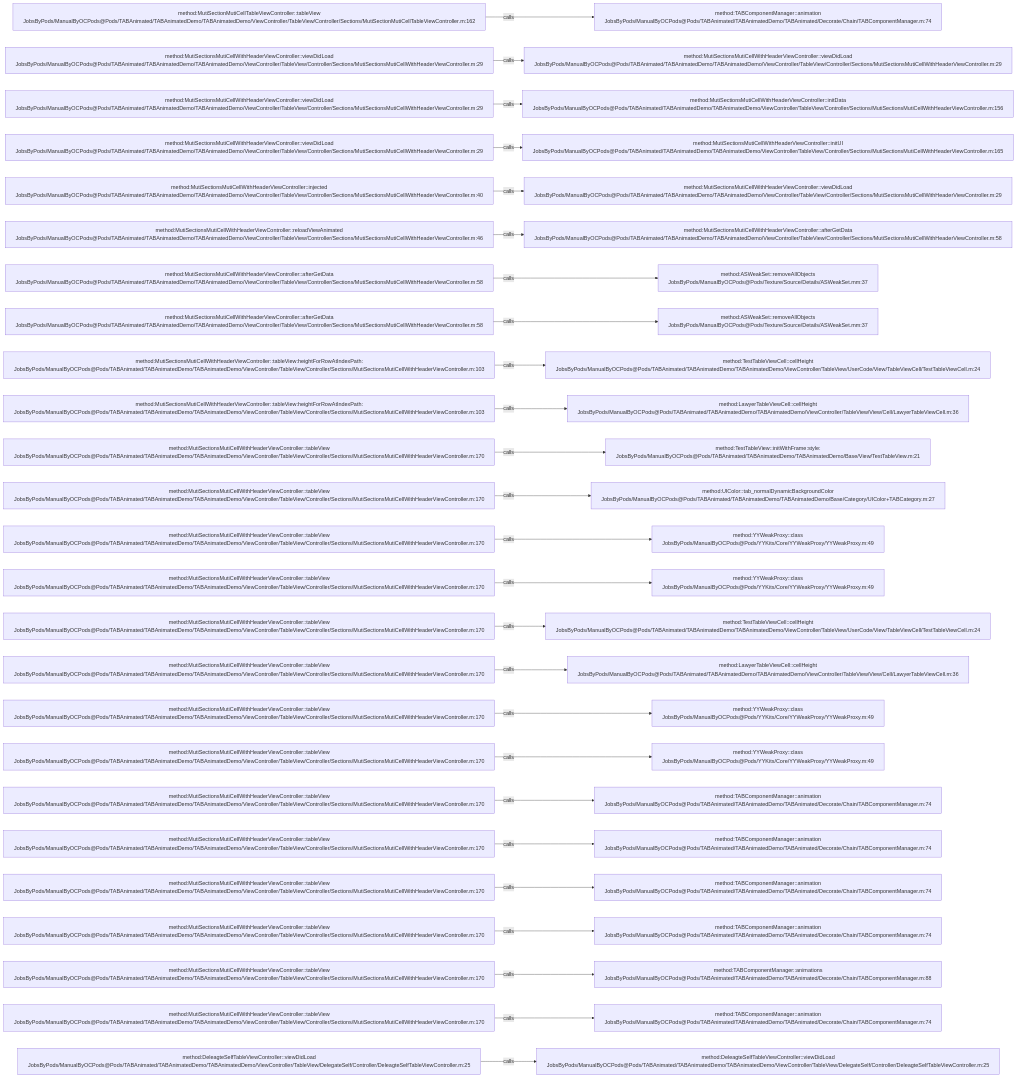
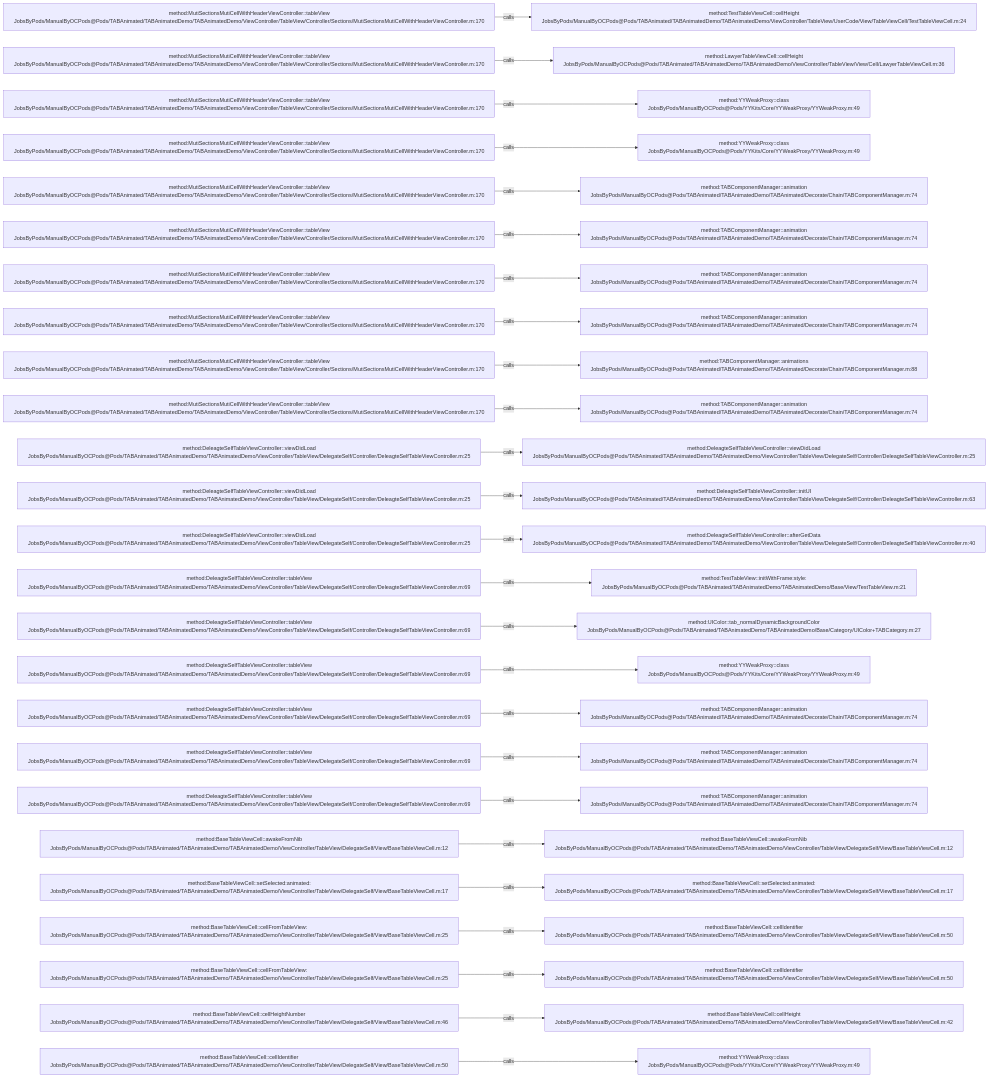
The diagram in .codegraph/codegraph.md/graphs/calls-064.md (JobsKits/JobsOCBaseConfigDemo), drawn with Mermaid before and after one commit. The commit also changed 296 other files, not shown here.

````diff
--- a/.codegraph/codegraph.md/graphs/calls-064.md
+++ b/.codegraph/codegraph.md/graphs/calls-064.md
@@ -13,78 +13,78 @@
 ```mermaid
 flowchart LR
-  S1["method:MutiSectionMutiCellTableViewController::tableView<br/>JobsByPods/ManualByOCPods@Pods/TABAnimated/TABAnimatedDemo/TABAnimatedDemo/ViewController/TableView/Controller/Sections/MutiSectionMutiCellTableViewController.m:162"]
-  T1["method:TABComponentManager::animation<br/>JobsByPods/ManualByOCPods@Pods/TABAnimated/TABAnimatedDemo/TABAnimated/Decorate/Chain/TABComponentManager.m:74"]
+  S1["method:MutiSectionsMutiCellWithHeaderViewController::tableView<br/>JobsByPods/ManualByOCPods@Pods/TABAnimated/TABAnimatedDemo/TABAnimatedDemo/ViewController/TableView/Controller/Sections/MutiSectionsMutiCellWithHeaderViewController.m:170"]
+  T1["method:TestTableViewCell::cellHeight<br/>JobsByPods/ManualByOCPods@Pods/TABAnimated/TABAnimatedDemo/TABAnimatedDemo/ViewController/TableView/UserCode/View/TableViewCell/TestTableViewCell.m:24"]
   S1 -->|calls| T1
-  S2["method:MutiSectionsMutiCellWithHeaderViewController::viewDidLoad<br/>JobsByPods/ManualByOCPods@Pods/TABAnimated/TABAnimatedDemo/TABAnimatedDemo/ViewController/TableView/Controller/Sections/MutiSectionsMutiCellWithHeaderViewController.m:29"]
-  T2["method:MutiSectionsMutiCellWithHeaderViewController::viewDidLoad<br/>JobsByPods/ManualByOCPods@Pods/TABAnimated/TABAnimatedDemo/TABAnimatedDemo/ViewController/TableView/Controller/Sections/MutiSectionsMutiCellWithHeaderViewController.m:29"]
+  S2["method:MutiSectionsMutiCellWithHeaderViewController::tableView<br/>JobsByPods/ManualByOCPods@Pods/TABAnimated/TABAnimatedDemo/TABAnimatedDemo/ViewController/TableView/Controller/Sections/MutiSectionsMutiCellWithHeaderViewController.m:170"]
+  T2["method:LawyerTableViewCell::cellHeight<br/>JobsByPods/ManualByOCPods@Pods/TABAnimated/TABAnimatedDemo/TABAnimatedDemo/ViewController/TableView/View/Cell/LawyerTableViewCell.m:36"]
   S2 -->|calls| T2
-  S3["method:MutiSectionsMutiCellWithHeaderViewController::viewDidLoad<br/>JobsByPods/ManualByOCPods@Pods/TABAnimated/TABAnimatedDemo/TABAnimatedDemo/ViewController/TableView/Controller/Sections/MutiSectionsMutiCellWithHeaderViewController.m:29"]
-  T3["method:MutiSectionsMutiCellWithHeaderViewController::initData<br/>JobsByPods/ManualByOCPods@Pods/TABAnimated/TABAnimatedDemo/TABAnimatedDemo/ViewController/TableView/Controller/Sections/MutiSectionsMutiCellWithHeaderViewController.m:156"]
+  S3["method:MutiSectionsMutiCellWithHeaderViewController::tableView<br/>JobsByPods/ManualByOCPods@Pods/TABAnimated/TABAnimatedDemo/TABAnimatedDemo/ViewController/TableView/Controller/Sections/MutiSectionsMutiCellWithHeaderViewController.m:170"]
+  T3["method:YYWeakProxy::class<br/>JobsByPods/ManualByOCPods@Pods/YYKits/Core/YYWeakProxy/YYWeakProxy.m:49"]
   S3 -->|calls| T3
-  S4["method:MutiSectionsMutiCellWithHeaderViewController::viewDidLoad<br/>JobsByPods/ManualByOCPods@Pods/TABAnimated/TABAnimatedDemo/TABAnimatedDemo/ViewController/TableView/Controller/Sections/MutiSectionsMutiCellWithHeaderViewController.m:29"]
-  T4["method:MutiSectionsMutiCellWithHeaderViewController::initUI<br/>JobsByPods/ManualByOCPods@Pods/TABAnimated/TABAnimatedDemo/TABAnimatedDemo/ViewController/TableView/Controller/Sections/MutiSectionsMutiCellWithHeaderViewController.m:165"]
+  S4["method:MutiSectionsMutiCellWithHeaderViewController::tableView<br/>JobsByPods/ManualByOCPods@Pods/TABAnimated/TABAnimatedDemo/TABAnimatedDemo/ViewController/TableView/Controller/Sections/MutiSectionsMutiCellWithHeaderViewController.m:170"]
+  T4["method:YYWeakProxy::class<br/>JobsByPods/ManualByOCPods@Pods/YYKits/Core/YYWeakProxy/YYWeakProxy.m:49"]
   S4 -->|calls| T4
-  S5["method:MutiSectionsMutiCellWithHeaderViewController::injected<br/>JobsByPods/ManualByOCPods@Pods/TABAnimated/TABAnimatedDemo/TABAnimatedDemo/ViewController/TableView/Controller/Sections/MutiSectionsMutiCellWithHeaderViewController.m:40"]
-  T5["method:MutiSectionsMutiCellWithHeaderViewController::viewDidLoad<br/>JobsByPods/ManualByOCPods@Pods/TABAnimated/TABAnimatedDemo/TABAnimatedDemo/ViewController/TableView/Controller/Sections/MutiSectionsMutiCellWithHeaderViewController.m:29"]
+  S5["method:MutiSectionsMutiCellWithHeaderViewController::tableView<br/>JobsByPods/ManualByOCPods@Pods/TABAnimated/TABAnimatedDemo/TABAnimatedDemo/ViewController/TableView/Controller/Sections/MutiSectionsMutiCellWithHeaderViewController.m:170"]
+  T5["method:TABComponentManager::animation<br/>JobsByPods/ManualByOCPods@Pods/TABAnimated/TABAnimatedDemo/TABAnimated/Decorate/Chain/TABComponentManager.m:74"]
   S5 -->|calls| T5
-  S6["method:MutiSectionsMutiCellWithHeaderViewController::reloadViewAnimated<br/>JobsByPods/ManualByOCPods@Pods/TABAnimated/TABAnimatedDemo/TABAnimatedDemo/ViewController/TableView/Controller/Sections/MutiSectionsMutiCellWithHeaderViewController.m:46"]
-  T6["method:MutiSectionsMutiCellWithHeaderViewController::afterGetData<br/>JobsByPods/ManualByOCPods@Pods/TABAnimated/TABAnimatedDemo/TABAnimatedDemo/ViewController/TableView/Controller/Sections/MutiSectionsMutiCellWithHeaderViewController.m:58"]
+  S6["method:MutiSectionsMutiCellWithHeaderViewController::tableView<br/>JobsByPods/ManualByOCPods@Pods/TABAnimated/TABAnimatedDemo/TABAnimatedDemo/ViewController/TableView/Controller/Sections/MutiSectionsMutiCellWithHeaderViewController.m:170"]
+  T6["method:TABComponentManager::animation<br/>JobsByPods/ManualByOCPods@Pods/TABAnimated/TABAnimatedDemo/TABAnimated/Decorate/Chain/TABComponentManager.m:74"]
   S6 -->|calls| T6
-  S7["method:MutiSectionsMutiCellWithHeaderViewController::afterGetData<br/>JobsByPods/ManualByOCPods@Pods/TABAnimated/TABAnimatedDemo/TABAnimatedDemo/ViewController/TableView/Controller/Sections/MutiSectionsMutiCellWithHeaderViewController.m:58"]
-  T7["method:ASWeakSet::removeAllObjects<br/>JobsByPods/ManualByOCPods@Pods/Texture/Source/Details/ASWeakSet.mm:37"]
+  S7["method:MutiSectionsMutiCellWithHeaderViewController::tableView<br/>JobsByPods/ManualByOCPods@Pods/TABAnimated/TABAnimatedDemo/TABAnimatedDemo/ViewController/TableView/Controller/Sections/MutiSectionsMutiCellWithHeaderViewController.m:170"]
+  T7["method:TABComponentManager::animation<br/>JobsByPods/ManualByOCPods@Pods/TABAnimated/TABAnimatedDemo/TABAnimated/Decorate/Chain/TABComponentManager.m:74"]
   S7 -->|calls| T7
-  S8["method:MutiSectionsMutiCellWithHeaderViewController::afterGetData<br/>JobsByPods/ManualByOCPods@Pods/TABAnimated/TABAnimatedDemo/TABAnimatedDemo/ViewController/TableView/Controller/Sections/MutiSectionsMutiCellWithHeaderViewController.m:58"]
-  T8["method:ASWeakSet::removeAllObjects<br/>JobsByPods/ManualByOCPods@Pods/Texture/Source/Details/ASWeakSet.mm:37"]
+  S8["method:MutiSectionsMutiCellWithHeaderViewController::tableView<br/>JobsByPods/ManualByOCPods@Pods/TABAnimated/TABAnimatedDemo/TABAnimatedDemo/ViewController/TableView/Controller/Sections/MutiSectionsMutiCellWithHeaderViewController.m:170"]
+  T8["method:TABComponentManager::animation<br/>JobsByPods/ManualByOCPods@Pods/TABAnimated/TABAnimatedDemo/TABAnimated/Decorate/Chain/TABComponentManager.m:74"]
   S8 -->|calls| T8
-  S9["method:MutiSectionsMutiCellWithHeaderViewController::tableView:heightForRowAtIndexPath:<br/>JobsByPods/ManualByOCPods@Pods/TABAnimated/TABAnimatedDemo/TABAnimatedDemo/ViewController/TableView/Controller/Sections/MutiSectionsMutiCellWithHeaderViewController.m:103"]
-  T9["method:TestTableViewCell::cellHeight<br/>JobsByPods/ManualByOCPods@Pods/TABAnimated/TABAnimatedDemo/TABAnimatedDemo/ViewController/TableView/UserCode/View/TableViewCell/TestTableViewCell.m:24"]
+  S9["method:MutiSectionsMutiCellWithHeaderViewController::tableView<br/>JobsByPods/ManualByOCPods@Pods/TABAnimated/TABAnimatedDemo/TABAnimatedDemo/ViewController/TableView/Controller/Sections/MutiSectionsMutiCellWithHeaderViewController.m:170"]
+  T9["method:TABComponentManager::animations<br/>JobsByPods/ManualByOCPods@Pods/TABAnimated/TABAnimatedDemo/TABAnimated/Decorate/Chain/TABComponentManager.m:88"]
   S9 -->|calls| T9
-  S10["method:MutiSectionsMutiCellWithHeaderViewController::tableView:heightForRowAtIndexPath:<br/>JobsByPods/ManualByOCPods@Pods/TABAnimated/TABAnimatedDemo/TABAnimatedDemo/ViewController/TableView/Controller/Sections/MutiSectionsMutiCellWithHeaderViewController.m:103"]
-  T10["method:LawyerTableViewCell::cellHeight<br/>JobsByPods/ManualByOCPods@Pods/TABAnimated/TABAnimatedDemo/TABAnimatedDemo/ViewController/TableView/View/Cell/LawyerTableViewCell.m:36"]
+  S10["method:MutiSectionsMutiCellWithHeaderViewController::tableView<br/>JobsByPods/ManualByOCPods@Pods/TABAnimated/TABAnimatedDemo/TABAnimatedDemo/ViewController/TableView/Controller/Sections/MutiSectionsMutiCellWithHeaderViewController.m:170"]
+  T10["method:TABComponentManager::animation<br/>JobsByPods/ManualByOCPods@Pods/TABAnimated/TABAnimatedDemo/TABAnimated/Decorate/Chain/TABComponentManager.m:74"]
   S10 -->|calls| T10
-  S11["method:MutiSectionsMutiCellWithHeaderViewController::tableView<br/>JobsByPods/ManualByOCPods@Pods/TABAnimated/TABAnimatedDemo/TABAnimatedDemo/ViewController/TableView/Controller/Sections/MutiSectionsMutiCellWithHeaderViewController.m:170"]
-  T11["method:TestTableView::initWithFrame:style:<br/>JobsByPods/ManualByOCPods@Pods/TABAnimated/TABAnimatedDemo/TABAnimatedDemo/Base/View/TestTableView.m:21"]
+  S11["method:DeleagteSelfTableViewController::viewDidLoad<br/>JobsByPods/ManualByOCPods@Pods/TABAnimated/TABAnimatedDemo/TABAnimatedDemo/ViewController/TableView/DelegateSelf/Controller/DeleagteSelfTableViewController.m:25"]
+  T11["method:DeleagteSelfTableViewController::viewDidLoad<br/>JobsByPods/ManualByOCPods@Pods/TABAnimated/TABAnimatedDemo/TABAnimatedDemo/ViewController/TableView/DelegateSelf/Controller/DeleagteSelfTableViewController.m:25"]
   S11 -->|calls| T11
-  S12["method:MutiSectionsMutiCellWithHeaderViewController::tableView<br/>JobsByPods/ManualByOCPods@Pods/TABAnimated/TABAnimatedDemo/TABAnimatedDemo/ViewController/TableView/Controller/Sections/MutiSectionsMutiCellWithHeaderViewController.m:170"]
-  T12["method:UIColor::tab_normalDynamicBackgroundColor<br/>JobsByPods/ManualByOCPods@Pods/TABAnimated/TABAnimatedDemo/TABAnimatedDemo/Base/Category/UIColor+TABCategory.m:27"]
+  S12["method:DeleagteSelfTableViewController::viewDidLoad<br/>JobsByPods/ManualByOCPods@Pods/TABAnimated/TABAnimatedDemo/TABAnimatedDemo/ViewController/TableView/DelegateSelf/Controller/DeleagteSelfTableViewController.m:25"]
+  T12["method:DeleagteSelfTableViewController::initUI<br/>JobsByPods/ManualByOCPods@Pods/TABAnimated/TABAnimatedDemo/TABAnimatedDemo/ViewController/TableView/DelegateSelf/Controller/DeleagteSelfTableViewController.m:63"]
   S12 -->|calls| T12
-  S13["method:MutiSectionsMutiCellWithHeaderViewController::tableView<br/>JobsByPods/ManualByOCPods@Pods/TABAnimated/TABAnimatedDemo/TABAnimatedDemo/ViewController/TableView/Controller/Sections/MutiSectionsMutiCellWithHeaderViewController.m:170"]
-  T13["method:YYWeakProxy::class<br/>JobsByPods/ManualByOCPods@Pods/YYKits/Core/YYWeakProxy/YYWeakProxy.m:49"]
+  S13["method:DeleagteSelfTableViewController::viewDidLoad<br/>JobsByPods/ManualByOCPods@Pods/TABAnimated/TABAnimatedDemo/TABAnimatedDemo/ViewController/TableView/DelegateSelf/Controller/DeleagteSelfTableViewController.m:25"]
+  T13["method:DeleagteSelfTableViewController::afterGetData<br/>JobsByPods/ManualByOCPods@Pods/TABAnimated/TABAnimatedDemo/TABAnimatedDemo/ViewController/TableView/DelegateSelf/Controller/DeleagteSelfTableViewController.m:40"]
   S13 -->|calls| T13
-  S14["method:MutiSectionsMutiCellWithHeaderViewController::tableView<br/>JobsByPods/ManualByOCPods@Pods/TABAnimated/TABAnimatedDemo/TABAnimatedDemo/ViewController/TableView/Controller/Sections/MutiSectionsMutiCellWithHeaderViewController.m:170"]
-  T14["method:YYWeakProxy::class<br/>JobsByPods/ManualByOCPods@Pods/YYKits/Core/YYWeakProxy/YYWeakProxy.m:49"]
+  S14["method:DeleagteSelfTableViewController::tableView<br/>JobsByPods/ManualByOCPods@Pods/TABAnimated/TABAnimatedDemo/TABAnimatedDemo/ViewController/TableView/DelegateSelf/Controller/DeleagteSelfTableViewController.m:69"]
+  T14["method:TestTableView::initWithFrame:style:<br/>JobsByPods/ManualByOCPods@Pods/TABAnimated/TABAnimatedDemo/TABAnimatedDemo/Base/View/TestTableView.m:21"]
   S14 -->|calls| T14
-  S15["method:MutiSectionsMutiCellWithHeaderViewController::tableView<br/>JobsByPods/ManualByOCPods@Pods/TABAnimated/TABAnimatedDemo/TABAnimatedDemo/ViewController/TableView/Controller/Sections/MutiSectionsMutiCellWithHeaderViewController.m:170"]
-  T15["method:TestTableViewCell::cellHeight<br/>JobsByPods/ManualByOCPods@Pods/TABAnimated/TABAnimatedDemo/TABAnimatedDemo/ViewController/TableView/UserCode/View/TableViewCell/TestTableViewCell.m:24"]
+  S15["method:DeleagteSelfTableViewController::tableView<br/>JobsByPods/ManualByOCPods@Pods/TABAnimated/TABAnimatedDemo/TABAnimatedDemo/ViewController/TableView/DelegateSelf/Controller/DeleagteSelfTableViewController.m:69"]
+  T15["method:UIColor::tab_normalDynamicBackgroundColor<br/>JobsByPods/ManualByOCPods@Pods/TABAnimated/TABAnimatedDemo/TABAnimatedDemo/Base/Category/UIColor+TABCategory.m:27"]
   S15 -->|calls| T15
-  S16["method:MutiSectionsMutiCellWithHeaderViewController::tableView<br/>JobsByPods/ManualByOCPods@Pods/TABAnimated/TABAnimatedDemo/TABAnimatedDemo/ViewController/TableView/Controller/Sections/MutiSectionsMutiCellWithHeaderViewController.m:170"]
-  T16["method:LawyerTableViewCell::cellHeight<br/>JobsByPods/ManualByOCPods@Pods/TABAnimated/TABAnimatedDemo/TABAnimatedDemo/ViewController/TableView/View/Cell/LawyerTableViewCell.m:36"]
+  S16["method:DeleagteSelfTableViewController::tableView<br/>JobsByPods/ManualByOCPods@Pods/TABAnimated/TABAnimatedDemo/TABAnimatedDemo/ViewController/TableView/DelegateSelf/Controller/DeleagteSelfTableViewController.m:69"]
+  T16["method:YYWeakProxy::class<br/>JobsByPods/ManualByOCPods@Pods/YYKits/Core/YYWeakProxy/YYWeakProxy.m:49"]
   S16 -->|calls| T16
-  S17["method:MutiSectionsMutiCellWithHeaderViewController::tableView<br/>JobsByPods/ManualByOCPods@Pods/TABAnimated/TABAnimatedDemo/TABAnimatedDemo/ViewController/TableView/Controller/Sections/MutiSectionsMutiCellWithHeaderViewController.m:170"]
-  T17["method:YYWeakProxy::class<br/>JobsByPods/ManualByOCPods@Pods/YYKits/Core/YYWeakProxy/YYWeakProxy.m:49"]
+  S17["method:DeleagteSelfTableViewController::tableView<br/>JobsByPods/ManualByOCPods@Pods/TABAnimated/TABAnimatedDemo/TABAnimatedDemo/ViewController/TableView/DelegateSelf/Controller/DeleagteSelfTableViewController.m:69"]
+  T17["method:TABComponentManager::animation<br/>JobsByPods/ManualByOCPods@Pods/TABAnimated/TABAnimatedDemo/TABAnimated/Decorate/Chain/TABComponentManager.m:74"]
   S17 -->|calls| T17
-  S18["method:MutiSectionsMutiCellWithHeaderViewController::tableView<br/>JobsByPods/ManualByOCPods@Pods/TABAnimated/TABAnimatedDemo/TABAnimatedDemo/ViewController/TableView/Controller/Sections/MutiSectionsMutiCellWithHeaderViewController.m:170"]
-  T18["method:YYWeakProxy::class<br/>JobsByPods/ManualByOCPods@Pods/YYKits/Core/YYWeakProxy/YYWeakProxy.m:49"]
+  S18["method:DeleagteSelfTableViewController::tableView<br/>JobsByPods/ManualByOCPods@Pods/TABAnimated/TABAnimatedDemo/TABAnimatedDemo/ViewController/TableView/DelegateSelf/Controller/DeleagteSelfTableViewController.m:69"]
+  T18["method:TABComponentManager::animation<br/>JobsByPods/ManualByOCPods@Pods/TABAnimated/TABAnimatedDemo/TABAnimated/Decorate/Chain/TABComponentManager.m:74"]
   S18 -->|calls| T18
-  S19["method:MutiSectionsMutiCellWithHeaderViewController::tableView<br/>JobsByPods/ManualByOCPods@Pods/TABAnimated/TABAnimatedDemo/TABAnimatedDemo/ViewController/TableView/Controller/Sections/MutiSectionsMutiCellWithHeaderViewController.m:170"]
+  S19["method:DeleagteSelfTableViewController::tableView<br/>JobsByPods/ManualByOCPods@Pods/TABAnimated/TABAnimatedDemo/TABAnimatedDemo/ViewController/TableView/DelegateSelf/Controller/DeleagteSelfTableViewController.m:69"]
   T19["method:TABComponentManager::animation<br/>JobsByPods/ManualByOCPods@Pods/TABAnimated/TABAnimatedDemo/TABAnimated/Decorate/Chain/TABComponentManager.m:74"]
   S19 -->|calls| T19
-  S20["method:MutiSectionsMutiCellWithHeaderViewController::tableView<br/>JobsByPods/ManualByOCPods@Pods/TABAnimated/TABAnimatedDemo/TABAnimatedDemo/ViewController/TableView/Controller/Sections/MutiSectionsMutiCellWithHeaderViewController.m:170"]
-  T20["method:TABComponentManager::animation<br/>JobsByPods/ManualByOCPods@Pods/TABAnimated/TABAnimatedDemo/TABAnimated/Decorate/Chain/TABComponentManager.m:74"]
+  S20["method:BaseTableViewCell::awakeFromNib<br/>JobsByPods/ManualByOCPods@Pods/TABAnimated/TABAnimatedDemo/TABAnimatedDemo/ViewController/TableView/DelegateSelf/View/BaseTableViewCell.m:12"]
+  T20["method:BaseTableViewCell::awakeFromNib<br/>JobsByPods/ManualByOCPods@Pods/TABAnimated/TABAnimatedDemo/TABAnimatedDemo/ViewController/TableView/DelegateSelf/View/BaseTableViewCell.m:12"]
   S20 -->|calls| T20
-  S21["method:MutiSectionsMutiCellWithHeaderViewController::tableView<br/>JobsByPods/ManualByOCPods@Pods/TABAnimated/TABAnimatedDemo/TABAnimatedDemo/ViewController/TableView/Controller/Sections/MutiSectionsMutiCellWithHeaderViewController.m:170"]
-  T21["method:TABComponentManager::animation<br/>JobsByPods/ManualByOCPods@Pods/TABAnimated/TABAnimatedDemo/TABAnimated/Decorate/Chain/TABComponentManager.m:74"]
+  S21["method:BaseTableViewCell::setSelected:animated:<br/>JobsByPods/ManualByOCPods@Pods/TABAnimated/TABAnimatedDemo/TABAnimatedDemo/ViewController/TableView/DelegateSelf/View/BaseTableViewCell.m:17"]
+  T21["method:BaseTableViewCell::setSelected:animated:<br/>JobsByPods/ManualByOCPods@Pods/TABAnimated/TABAnimatedDemo/TABAnimatedDemo/ViewController/TableView/DelegateSelf/View/BaseTableViewCell.m:17"]
   S21 -->|calls| T21
-  S22["method:MutiSectionsMutiCellWithHeaderViewController::tableView<br/>JobsByPods/ManualByOCPods@Pods/TABAnimated/TABAnimatedDemo/TABAnimatedDemo/ViewController/TableView/Controller/Sections/MutiSectionsMutiCellWithHeaderViewController.m:170"]
-  T22["method:TABComponentManager::animation<br/>JobsByPods/ManualByOCPods@Pods/TABAnimated/TABAnimatedDemo/TABAnimated/Decorate/Chain/TABComponentManager.m:74"]
+  S22["method:BaseTableViewCell::cellFromTableView:<br/>JobsByPods/ManualByOCPods@Pods/TABAnimated/TABAnimatedDemo/TABAnimatedDemo/ViewController/TableView/DelegateSelf/View/BaseTableViewCell.m:25"]
+  T22["method:BaseTableViewCell::cellIdentifier<br/>JobsByPods/ManualByOCPods@Pods/TABAnimated/TABAnimatedDemo/TABAnimatedDemo/ViewController/TableView/DelegateSelf/View/BaseTableViewCell.m:50"]
   S22 -->|calls| T22
-  S23["method:MutiSectionsMutiCellWithHeaderViewController::tableView<br/>JobsByPods/ManualByOCPods@Pods/TABAnimated/TABAnimatedDemo/TABAnimatedDemo/ViewController/TableView/Controller/Sections/MutiSectionsMutiCellWithHeaderViewController.m:170"]
-  T23["method:TABComponentManager::animations<br/>JobsByPods/ManualByOCPods@Pods/TABAnimated/TABAnimatedDemo/TABAnimated/Decorate/Chain/TABComponentManager.m:88"]
+  S23["method:BaseTableViewCell::cellFromTableView:<br/>JobsByPods/ManualByOCPods@Pods/TABAnimated/TABAnimatedDemo/TABAnimatedDemo/ViewController/TableView/DelegateSelf/View/BaseTableViewCell.m:25"]
+  T23["method:BaseTableViewCell::cellIdentifier<br/>JobsByPods/ManualByOCPods@Pods/TABAnimated/TABAnimatedDemo/TABAnimatedDemo/ViewController/TableView/DelegateSelf/View/BaseTableViewCell.m:50"]
   S23 -->|calls| T23
-  S24["method:MutiSectionsMutiCellWithHeaderViewController::tableView<br/>JobsByPods/ManualByOCPods@Pods/TABAnimated/TABAnimatedDemo/TABAnimatedDemo/ViewController/TableView/Controller/Sections/MutiSectionsMutiCellWithHeaderViewController.m:170"]
-  T24["method:TABComponentManager::animation<br/>JobsByPods/ManualByOCPods@Pods/TABAnimated/TABAnimatedDemo/TABAnimated/Decorate/Chain/TABComponentManager.m:74"]
+  S24["method:BaseTableViewCell::cellHeightNumber<br/>JobsByPods/ManualByOCPods@Pods/TABAnimated/TABAnimatedDemo/TABAnimatedDemo/ViewController/TableView/DelegateSelf/View/BaseTableViewCell.m:46"]
+  T24["method:BaseTableViewCell::cellHeight<br/>JobsByPods/ManualByOCPods@Pods/TABAnimated/TABAnimatedDemo/TABAnimatedDemo/ViewController/TableView/DelegateSelf/View/BaseTableViewCell.m:42"]
   S24 -->|calls| T24
-  S25["method:DeleagteSelfTableViewController::viewDidLoad<br/>JobsByPods/ManualByOCPods@Pods/TABAnimated/TABAnimatedDemo/TABAnimatedDemo/ViewController/TableView/DelegateSelf/Controller/DeleagteSelfTableViewController.m:25"]
-  T25["method:DeleagteSelfTableViewController::viewDidLoad<br/>JobsByPods/ManualByOCPods@Pods/TABAnimated/TABAnimatedDemo/TABAnimatedDemo/ViewController/TableView/DelegateSelf/Controller/DeleagteSelfTableViewController.m:25"]
+  S25["method:BaseTableViewCell::cellIdentifier<br/>JobsByPods/ManualByOCPods@Pods/TABAnimated/TABAnimatedDemo/TABAnimatedDemo/ViewController/TableView/DelegateSelf/View/BaseTableViewCell.m:50"]
+  T25["method:YYWeakProxy::class<br/>JobsByPods/ManualByOCPods@Pods/YYKits/Core/YYWeakProxy/YYWeakProxy.m:49"]
   S25 -->|calls| T25
 ```
````
